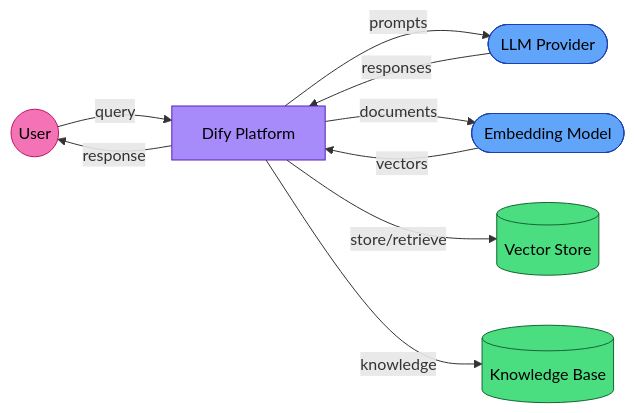
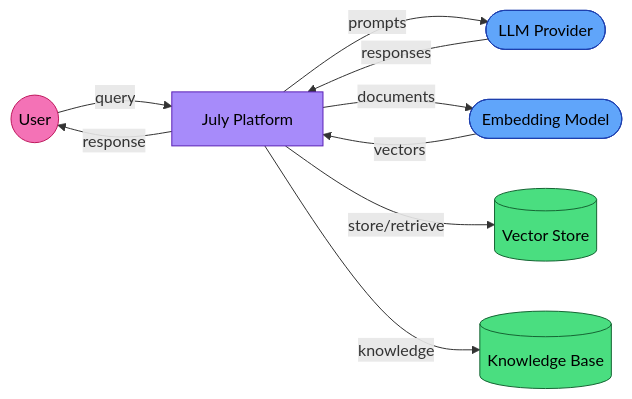
Before and after one commit to WaYan1999/july-agent: the diagram in docs/eu-ai-act-compliance.md, drawn with Mermaid. The commit also changed other lines of this file and 1300 other files, not shown here.

````diff
--- a/docs/eu-ai-act-compliance.md
+++ b/docs/eu-ai-act-compliance.md
@@ -47,23 +47,23 @@
 ```mermaid
 graph LR
-    USER((User)) -->|query| DIFY[Dify Platform]
+    USER((User)) -->|query| DIFY[July Platform]
     DIFY -->|prompts| LLM([LLM Provider])
     LLM -->|responses| DIFY
     DIFY -->|documents| EMBED([Embedding Model])
     EMBED -->|vectors| DIFY
     DIFY -->|store/retrieve| VS[(Vector Store)]
     DIFY -->|knowledge| KB[(Knowledge Base)]
     DIFY -->|response| USER
 
     classDef processor fill:#60a5fa,stroke:#1e40af,color:#000
     classDef controller fill:#4ade80,stroke:#166534,color:#000
     classDef app fill:#a78bfa,stroke:#5b21b6,color:#000
     classDef user fill:#f472b6,stroke:#be185d,color:#000
 
     class USER user
     class DIFY app
     class LLM processor
     class EMBED processor
     class VS controller
     class KB controller
 ```
````
